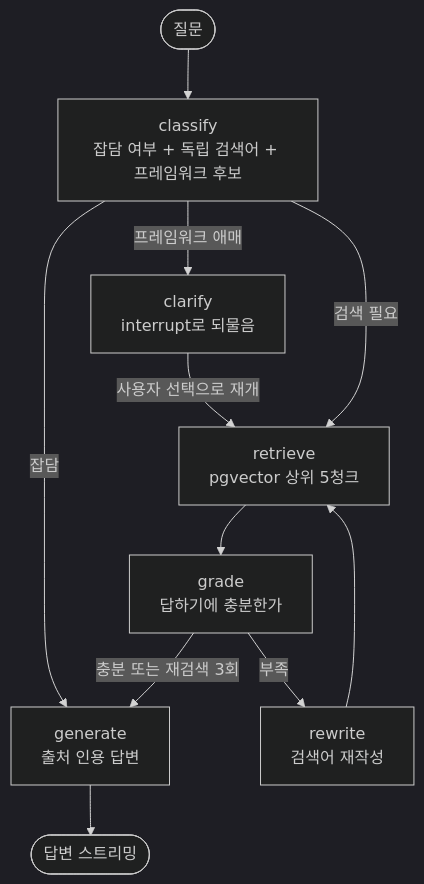
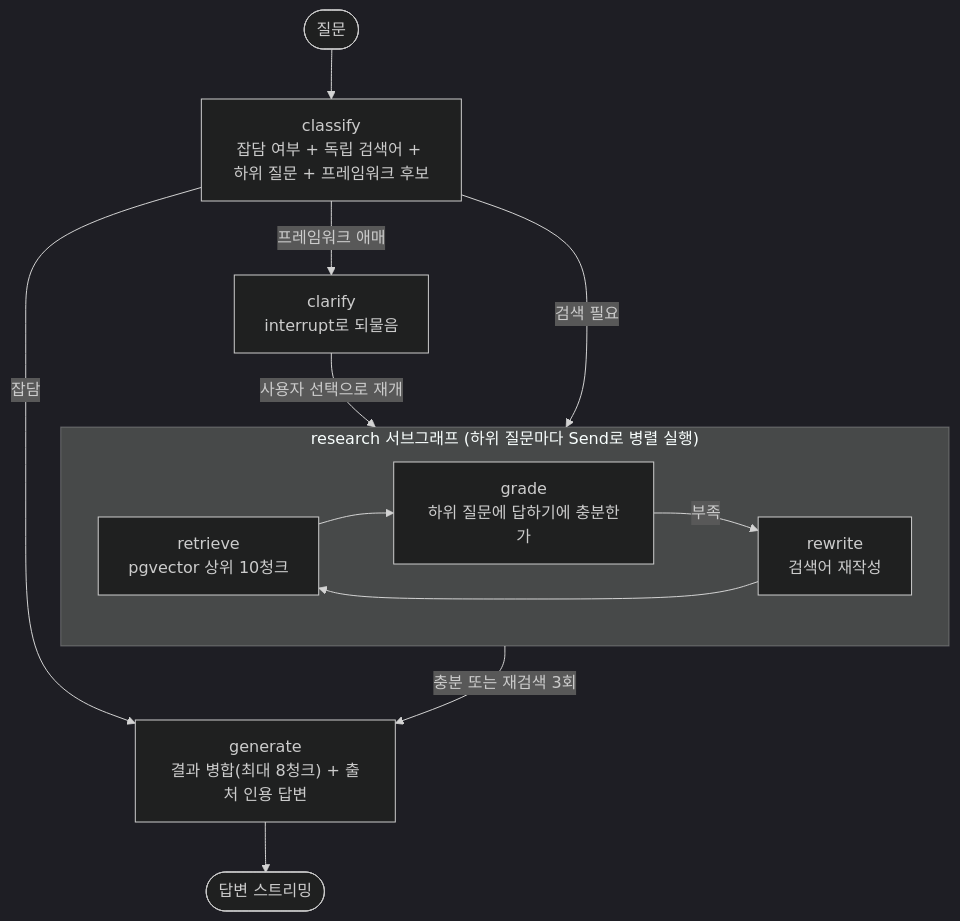
The second of 2 diagrams in README.md (Padack2/pgvector-docs-chat), drawn with Mermaid (dark theme) before and after one commit. The commit also changed other lines of this file and 1 other file, not shown here.

````diff
--- a/README.md
+++ b/README.md
@@ -36,13 +37,15 @@
 ```mermaid
 flowchart TD
-  START([질문]) --> classify[classify<br/>잡담 여부 + 독립 검색어 + 프레임워크 후보]
+  START([질문]) --> classify["classify<br/>잡담 여부 + 독립 검색어 + 하위 질문 + 프레임워크 후보"]
   classify -->|잡담| generate
-  classify -->|프레임워크 애매| clarify[clarify<br/>interrupt로 되물음]
-  clarify -->|사용자 선택으로 재개| retrieve
-  classify -->|검색 필요| retrieve[retrieve<br/>pgvector 상위 5청크]
-  retrieve --> grade[grade<br/>답하기에 충분한가]
-  grade -->|충분 또는 재검색 3회| generate[generate<br/>출처 인용 답변]
-  grade -->|부족| rewrite[rewrite<br/>검색어 재작성]
-  rewrite --> retrieve
+  classify -->|프레임워크 애매| clarify["clarify<br/>interrupt로 되물음"]
+  clarify -->|사용자 선택으로 재개| research
+  classify -->|검색 필요| research
+  subgraph research ["research 서브그래프 (하위 질문마다 Send로 병렬 실행)"]
+    retrieve["retrieve<br/>pgvector 상위 10청크"] --> grade["grade<br/>하위 질문에 답하기에 충분한가"]
+    grade -->|부족| rewrite["rewrite<br/>검색어 재작성"]
+    rewrite --> retrieve
+  end
+  research -->|충분 또는 재검색 3회| generate["generate<br/>결과 병합(최대 8청크) + 출처 인용 답변"]
   generate --> END([답변 스트리밍])
 ```
````
